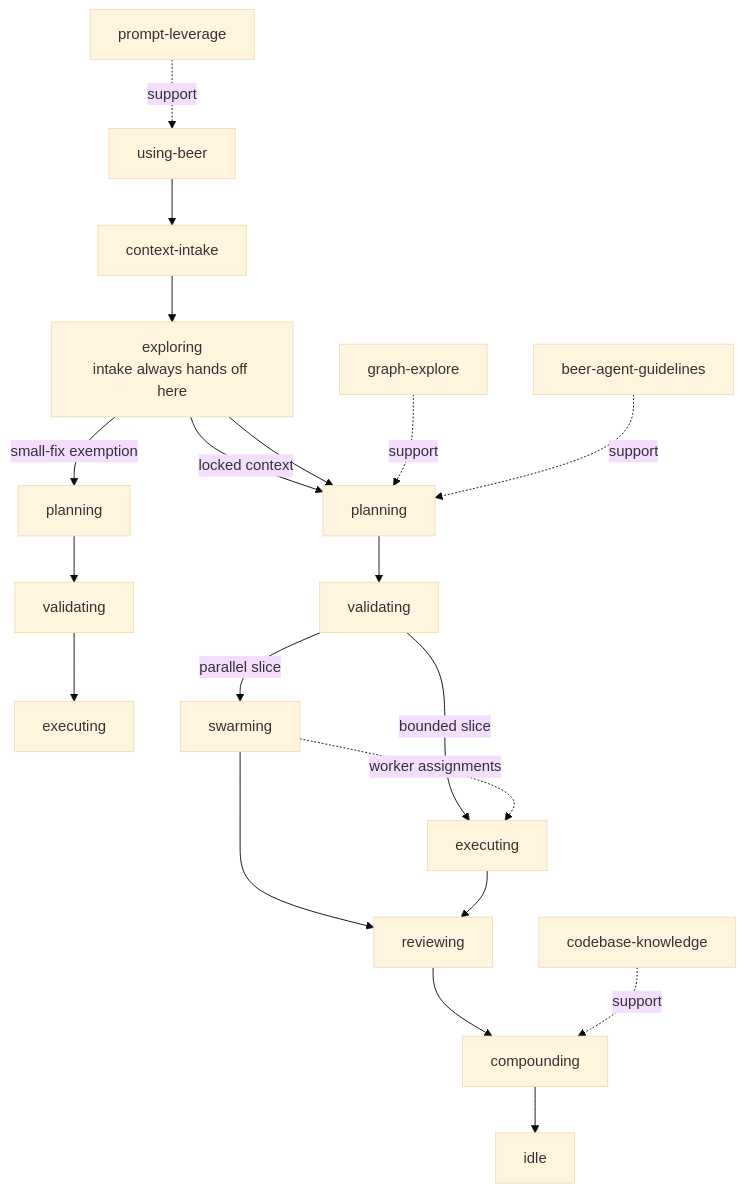
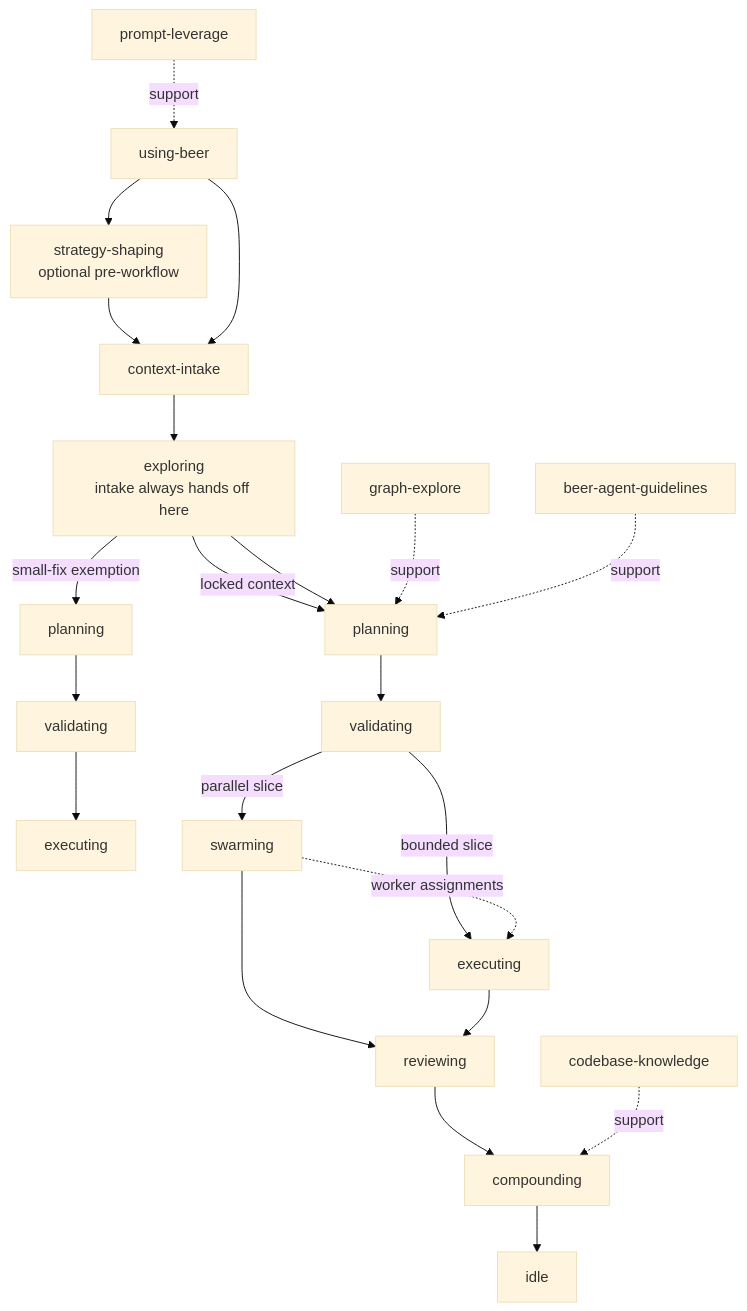
The first of 2 diagrams in docs/ecosystem-flow-overview.md (Huy-04/beer-skills), drawn with Mermaid (base theme) before and after one commit. The commit also changed other lines of this file and 15 other files, not shown here.

````diff
--- a/docs/ecosystem-flow-overview.md
+++ b/docs/ecosystem-flow-overview.md
@@ -18,23 +18,25 @@
 ```mermaid
 flowchart TD
-    UB[using-beer] --> CI[context-intake]
+    UB[using-beer] --> ST[strategy-shaping<br/>optional pre-workflow]
+    ST --> CI[context-intake]
+    UB --> CI
     CI --> EX[exploring<br/>intake always hands off here]
     EX -->|small-fix exemption| SP[planning]
     EX -->|locked context| PL[planning]
     SP --> SV[validating]
     SV --> SE[executing]
     EX --> PL
     PL --> VA[validating]
     VA -->|parallel slice| SW[swarming]
     VA -->|bounded slice| EW[executing]
     SW -. worker assignments .-> EW
     SW --> RV[reviewing]
     EW --> RV[reviewing]
     RV --> CO[compounding]
     CO --> IDLE[idle]
 
     GH[graph-explore] -. support .-> PL
     PH[prompt-leverage] -. support .-> UB
     KB[codebase-knowledge] -. support .-> CO
     AG[beer-agent-guidelines] -. support .-> PL
 ```
````
